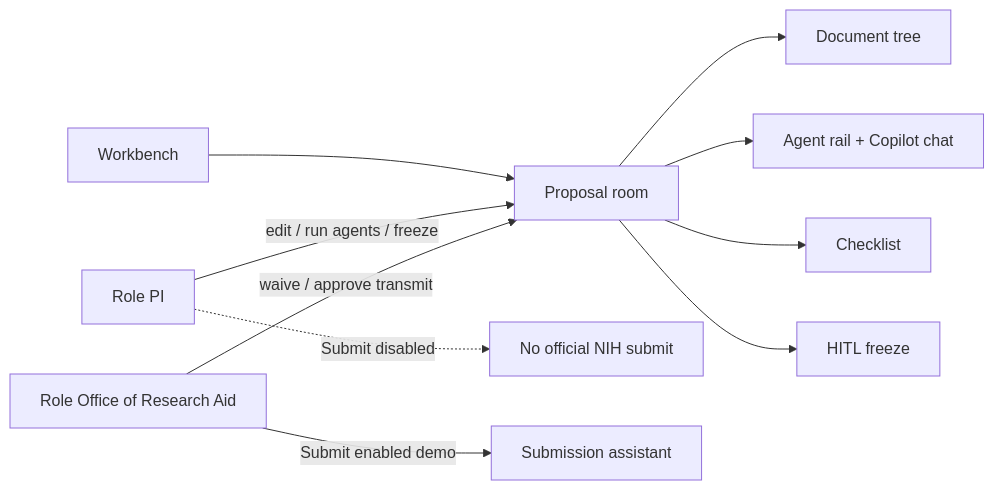
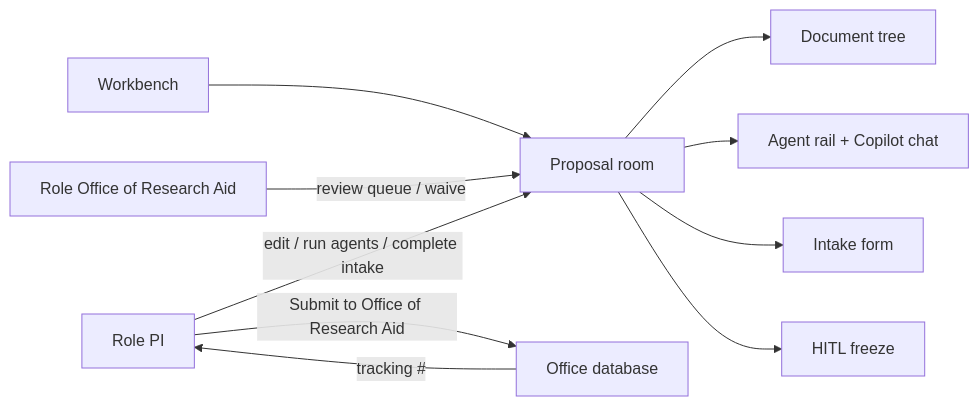
One commit to YPCC/grant-agent-lab changed the fourth of 5 diagrams in docs/architecture.md. Above: the diagram before and after it, drawn with Mermaid. The commit also changed other lines of this file and 16 other files, not shown here.

First line of the commit message:
Align README, docs, and C4 diagrams with office intake

````diff
--- a/docs/architecture.md
+++ b/docs/architecture.md
@@ -102,13 +104,13 @@
 ```mermaid
 flowchart LR
   WB[Workbench] --> ROOM[Proposal room]
   ROOM --> DOCS[Document tree]
   ROOM --> RAIL[Agent rail + Copilot chat]
-  ROOM --> CL[Checklist]
+  ROOM --> FORM[Intake form]
   ROOM --> HITL[HITL freeze]
 
-  PI[Role PI] -->|edit / run agents / freeze| ROOM
-  PI -.->|Submit disabled| X[No official NIH submit]
-  ORA["Role Office of Research Aid"] -->|waive / approve transmit| ROOM
-  ORA -->|Submit enabled demo| SA[Submission assistant]
+  PI[Role PI] -->|edit / run agents / complete intake| ROOM
+  PI -->|Submit to Office of Research Aid| ODB[Office database]
+  ODB -->|tracking #| PI
+  ORA["Role Office of Research Aid"] -->|review queue / waive| ROOM
 ```
````
